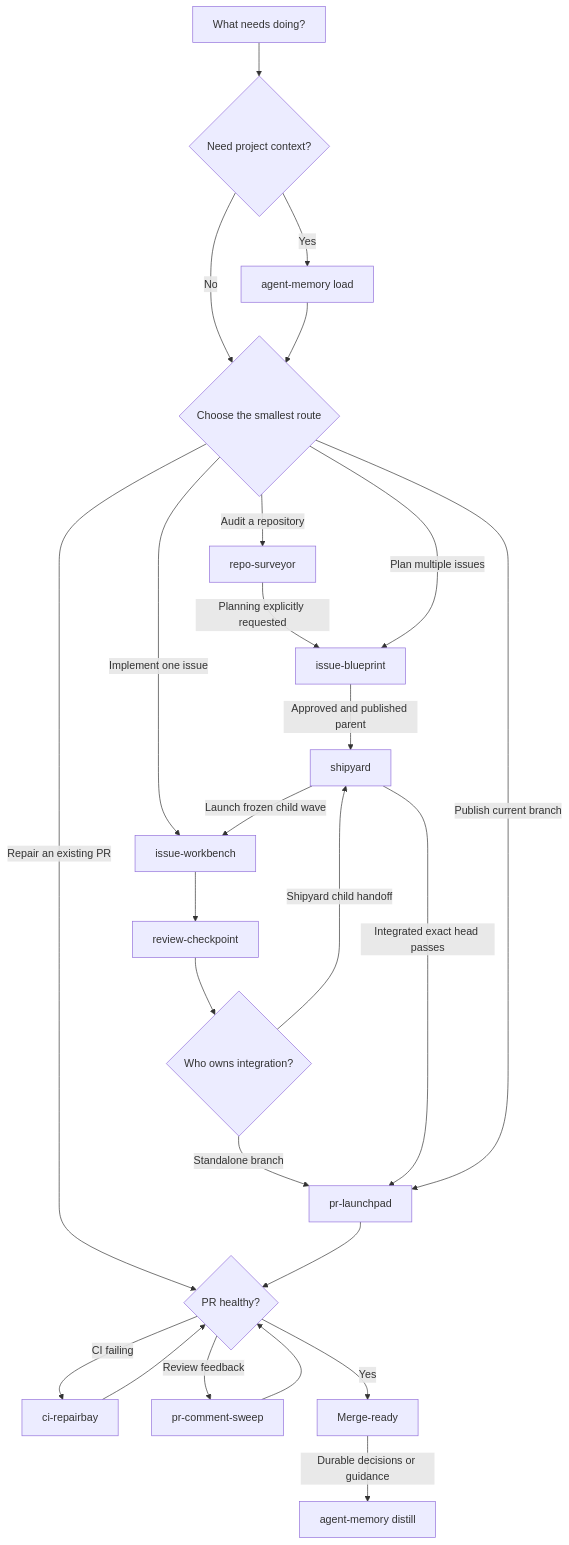
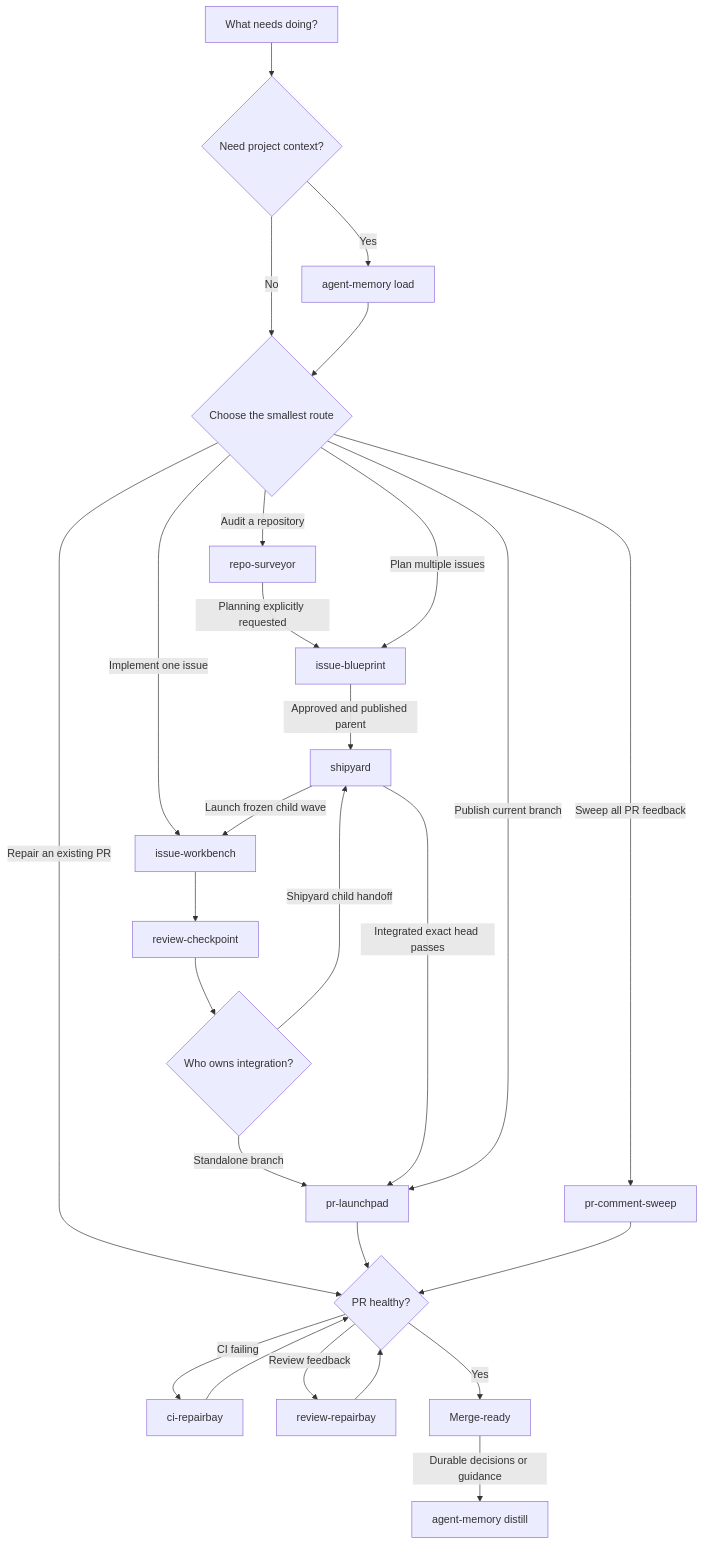
The diagram in README.md (HenryQW/skills), drawn with Mermaid before and after one commit. The commit also changed other lines of this file and 2 other files, not shown here.

Commit message:
fix(pr-comment-sweep): keep workflow standalone

````diff
--- a/README.md
+++ b/README.md
@@ -35,27 +35,29 @@
 ```mermaid
 flowchart TD
   request["What needs doing?"] --> context{"Need project context?"}
   context -->|Yes| load["agent-memory load"]
   context -->|No| route{"Choose the smallest route"}
   load --> route
   route -->|Audit a repository| survey["repo-surveyor"]
   survey -->|Planning explicitly requested| blueprint["issue-blueprint"]
   route -->|Plan multiple issues| blueprint
   blueprint -->|Approved and published parent| shipyard["shipyard"]
   route -->|Implement one issue| workbench["issue-workbench"]
   shipyard -->|Launch frozen child wave| workbench
   workbench --> checkpoint["review-checkpoint"]
   checkpoint --> owner{"Who owns integration?"}
   owner -->|Standalone branch| launch["pr-launchpad"]
   owner -->|Shipyard child handoff| shipyard
   shipyard -->|Integrated exact head passes| launch
   route -->|Publish current branch| launch
   route -->|Repair an existing PR| health
   launch --> health
   health{"PR healthy?"} -->|CI failing| ci["ci-repairbay"]
   ci --> health
-  health -->|Review feedback| repair["pr-comment-sweep"]
+  health -->|Review feedback| repair["review-repairbay"]
+  route -->|Sweep all PR feedback| sweep["pr-comment-sweep"]
+  sweep --> health
   repair --> health
   health -->|Yes| done["Merge-ready"]
   done -->|Durable decisions or guidance| distill["agent-memory distill"]
 ```
````
